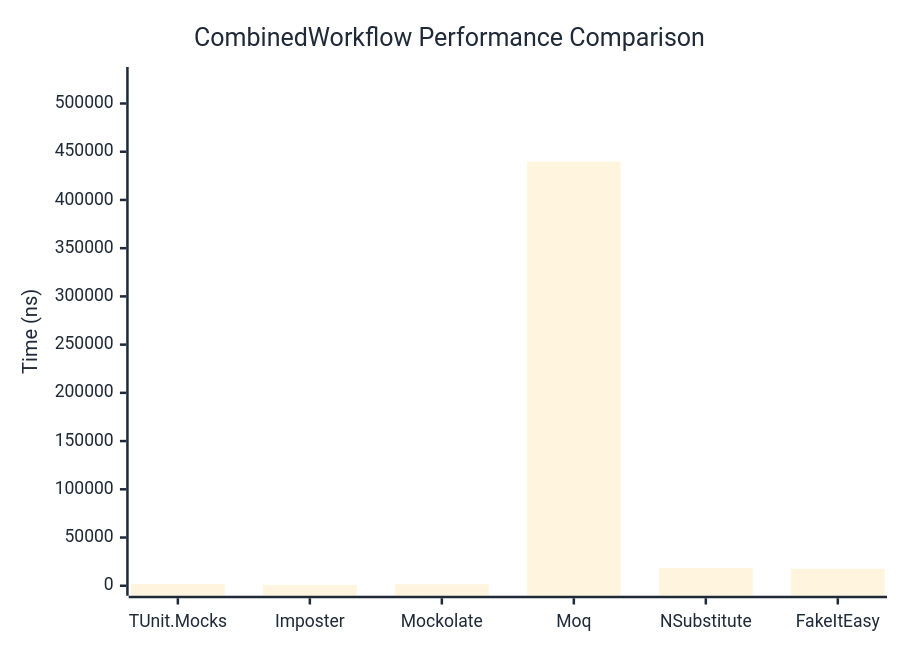
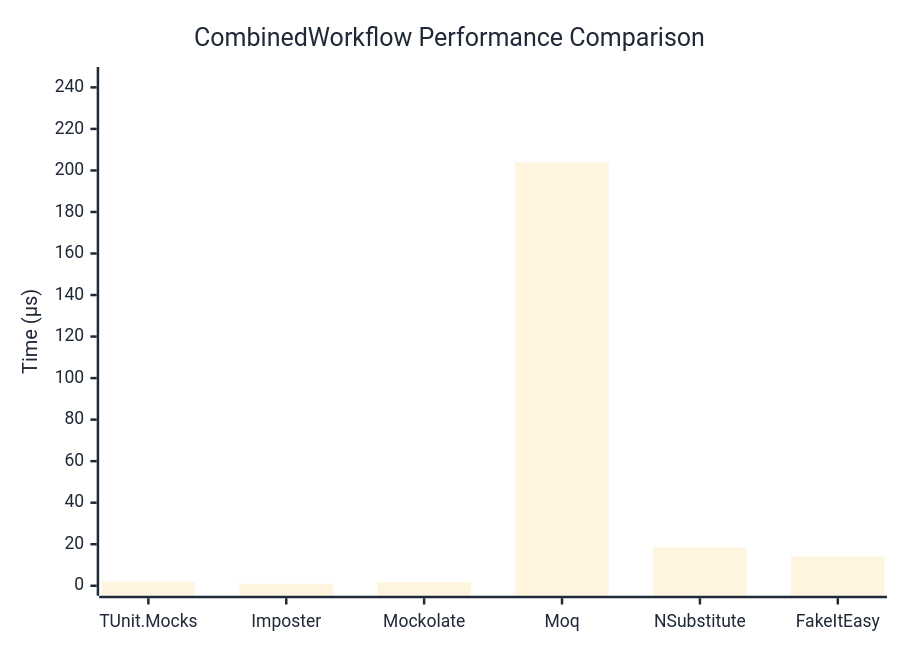
One commit to thomhurst/TUnit changed the diagram in docs/docs/benchmarks/mocks/CombinedWorkflow.md. Above: the diagram before and after it, drawn with Mermaid. The commit also changed other lines of this file and 14 other files, not shown here.

````diff
--- a/docs/docs/benchmarks/mocks/CombinedWorkflow.md
+++ b/docs/docs/benchmarks/mocks/CombinedWorkflow.md
@@ -30,27 +30,27 @@
 ```mermaid
 %%{init: {
   'theme':'base',
   'themeVariables': {
     'primaryColor': '#2563eb',
     'primaryTextColor': '#1f2937',
     'primaryBorderColor': '#1e40af',
     'lineColor': '#6b7280',
     'secondaryColor': '#7c3aed',
     'tertiaryColor': '#dc2626',
     'background': '#ffffff',
     'pie1': '#2563eb',
     'pie2': '#7c3aed',
     'pie3': '#dc2626',
     'pie4': '#f59e0b',
     'pie5': '#10b981',
     'pie6': '#06b6d4',
     'pie7': '#ec4899',
     'pie8': '#6366f1'
   }
 }}%%
 xychart-beta
   title "CombinedWorkflow Performance Comparison"
   x-axis ["TUnit.Mocks", "Imposter", "Mockolate", "Moq", "NSubstitute", "FakeItEasy"]
-  y-axis "Time (ns)" 0 --> 527471
-  bar [1810.6, 901.2, 1559.9, 439558.4, 18353.9, 17659.1]
+  y-axis "Time (μs)" 0 --> 245
+  bar [2.007, 1.007, 1.712, 203.887, 18.454, 14.002]
 ```
````
